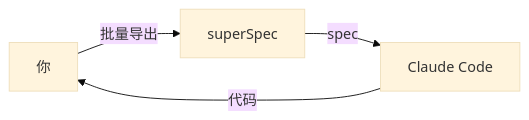
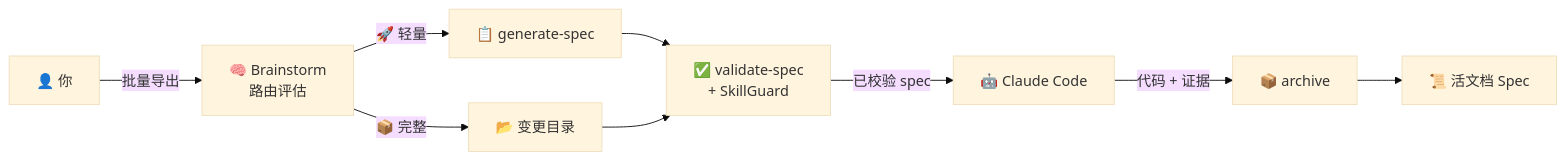
Before and after one commit to ChenJazzyBoss/superSpec: the first of 2 diagrams in README.zh-CN.md, drawn with Mermaid (base theme). The commit also changed other lines of this file, not shown here.

````diff
--- a/README.zh-CN.md
+++ b/README.zh-CN.md
@@ -36,6 +36,11 @@
 ```mermaid
 flowchart LR
-    You["你"] -- 批量导出 --> SS["superSpec"]
-    SS -- spec --> Claude["Claude Code"]
-    Claude -- 代码 --> You
+    You["👤 你"] -- "批量导出" --> BS["🧠 Brainstorm<br/>路由评估"]
+    BS -->|"🚀 轻量"| GS["📋 generate-spec"]
+    BS -->|"📦 完整"| CH["📂 变更目录"]
+    GS --> V["✅ validate-spec<br/>+ SkillGuard"]
+    CH --> V
+    V -->|"已校验 spec"| CC["🤖 Claude Code"]
+    CC -->|"代码 + 证据"| AR["📦 archive"]
+    AR --> LS["📜 活文档 Spec"]
 ```
````
